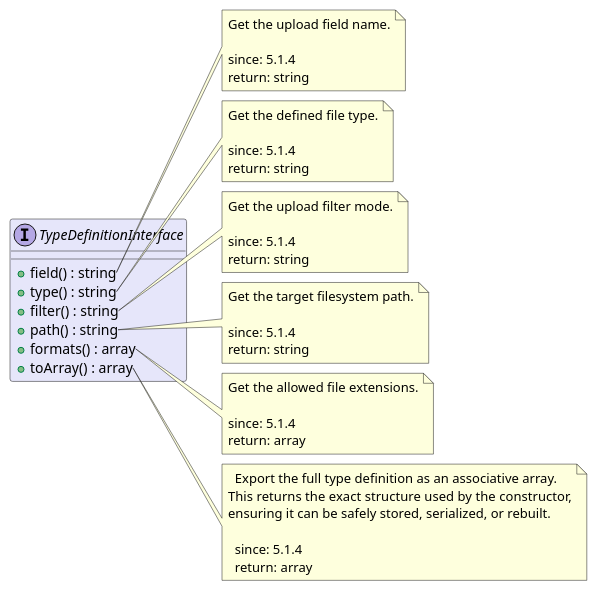
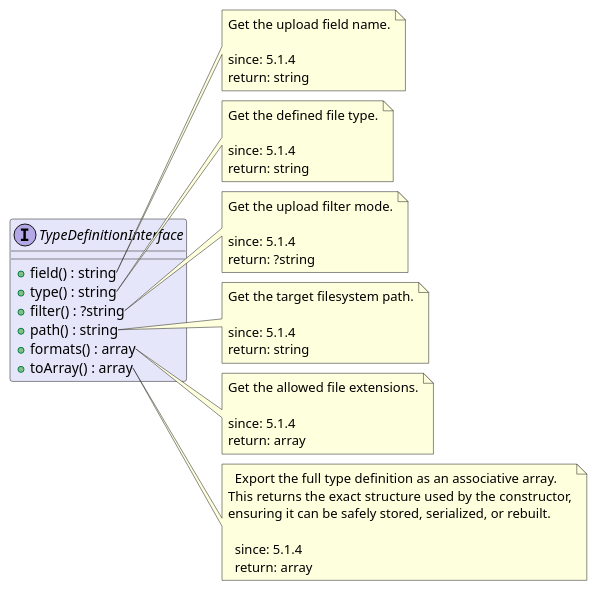
Before and after one commit to joomengine/super-powers: the diagram in src/2cd4b4d4-fca3-49a0-8605-a42eee3a5f99/README.md, drawn with PlantUML. The commit also changed 19 other files, not shown here.

````diff
--- a/src/2cd4b4d4-fca3-49a0-8605-a42eee3a5f99/README.md
+++ b/src/2cd4b4d4-fca3-49a0-8605-a42eee3a5f99/README.md
@@ -5,58 +5,58 @@
 ```uml
 @startuml
 
 interface TypeDefinitionInterface  #Lavender {
   + field() : string
   + type() : string
-  + filter() : string
+  + filter() : ?string
   + path() : string
   + formats() : array
   + toArray() : array
 }
 
 note right of TypeDefinitionInterface::field
   Get the upload field name.
 
   since: 5.1.4
   return: string
 end note
 
 note right of TypeDefinitionInterface::type
   Get the defined file type.
 
   since: 5.1.4
   return: string
 end note
 
 note right of TypeDefinitionInterface::filter
   Get the upload filter mode.
 
   since: 5.1.4
-  return: string
+  return: ?string
 end note
 
 note right of TypeDefinitionInterface::path
   Get the target filesystem path.
 
   since: 5.1.4
   return: string
 end note
 
 note right of TypeDefinitionInterface::formats
   Get the allowed file extensions.
 
   since: 5.1.4
   return: array
 end note
 
 note right of TypeDefinitionInterface::toArray
   Export the full type definition as an associative array.
 This returns the exact structure used by the constructor,
 ensuring it can be safely stored, serialized, or rebuilt.
 
   since: 5.1.4
   return: array
 end note
 
 @enduml
 ```
````
